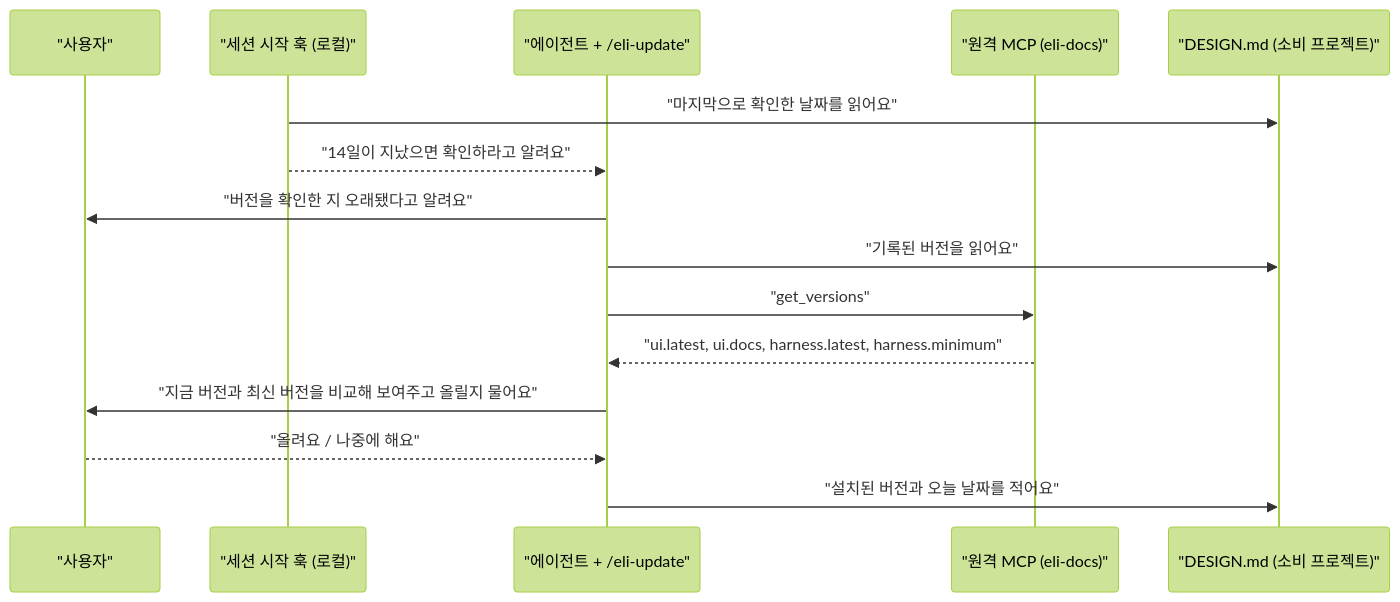
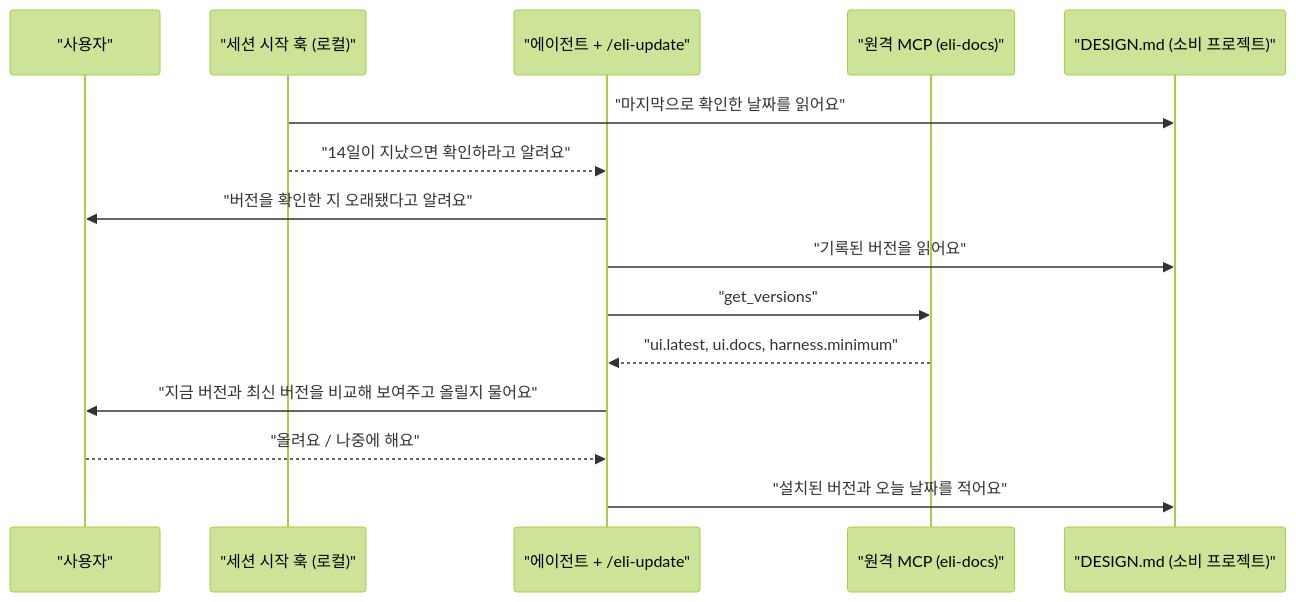
The diagram in Agent/mcp-spec.md (ELI-LDS/ELI), drawn with Mermaid (forest theme) before and after one commit. The commit also changed other lines of this file and 19 other files, not shown here.

````diff
--- a/Agent/mcp-spec.md
+++ b/Agent/mcp-spec.md
@@ -328,18 +328,18 @@
 ```mermaid
 sequenceDiagram
   participant User as "사용자"
   participant Hook as "세션 시작 훅 (로컬)"
   participant Agent as "에이전트 + /eli-update"
   participant Server as "원격 MCP (eli-docs)"
   participant Design as "DESIGN.md (소비 프로젝트)"
 
   Hook->>Design: "마지막으로 확인한 날짜를 읽어요"
   Hook-->>Agent: "14일이 지났으면 확인하라고 알려요"
   Agent->>User: "버전을 확인한 지 오래됐다고 알려요"
   Agent->>Design: "기록된 버전을 읽어요"
   Agent->>Server: "get_versions"
-  Server-->>Agent: "ui.latest, ui.docs, harness.latest, harness.minimum"
+  Server-->>Agent: "ui.latest, ui.docs, harness.minimum"
   Agent->>User: "지금 버전과 최신 버전을 비교해 보여주고 올릴지 물어요"
   User-->>Agent: "올려요 / 나중에 해요"
   Agent->>Design: "설치된 버전과 오늘 날짜를 적어요"
 ```
````
